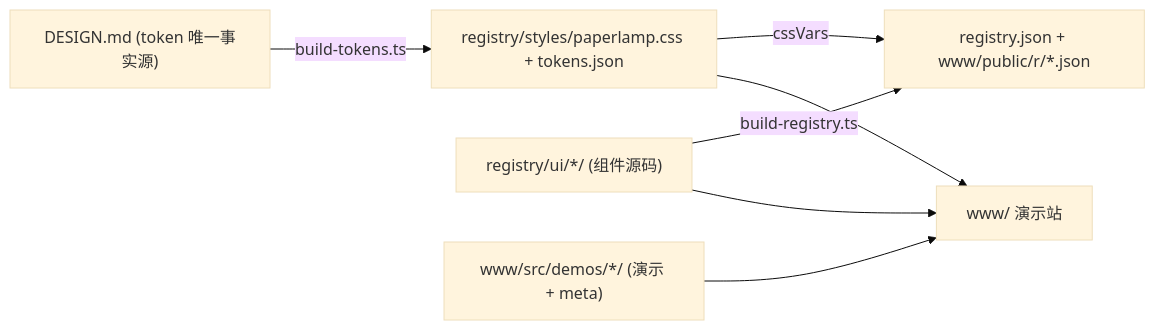
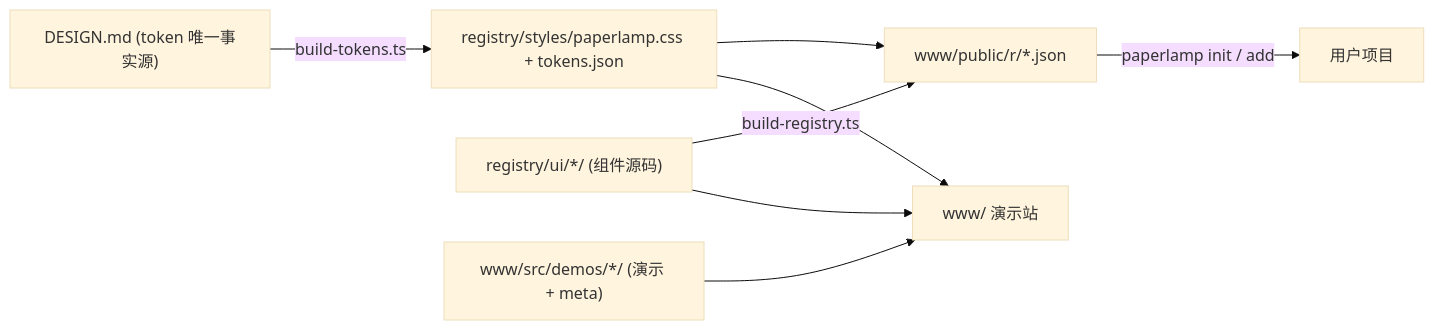
Before and after one commit to peach0x33a/paperlamp: the diagram in README.md, drawn with Mermaid (base theme). The commit also changed other lines of this file and 36 other files, not shown here.

````diff
--- a/README.md
+++ b/README.md
@@ -34,9 +34,10 @@
 ```mermaid
 flowchart LR
   D["DESIGN.md (token 唯一事实源)"] -->|build-tokens.ts| C["registry/styles/paperlamp.css + tokens.json"]
-  U["registry/ui/*/ (组件源码)"] -->|build-registry.ts| R["registry.json + www/public/r/*.json"]
-  C -->|cssVars| R
+  U["registry/ui/*/ (组件源码)"] -->|build-registry.ts| R["www/public/r/*.json"]
+  C --> R
+  R -->|paperlamp init / add| P["用户项目"]
   C --> W["www/ 演示站"]
   U --> W
   M["www/src/demos/*/ (演示 + meta)"] --> W
 ```
````
